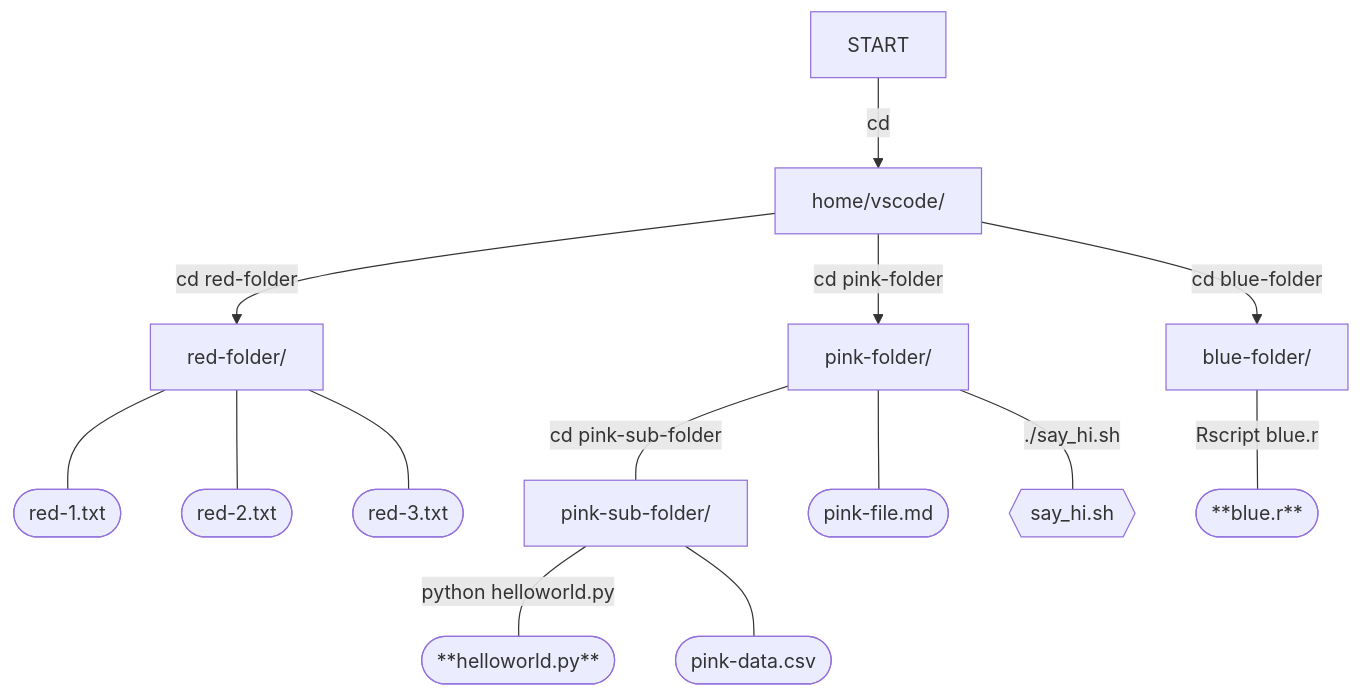
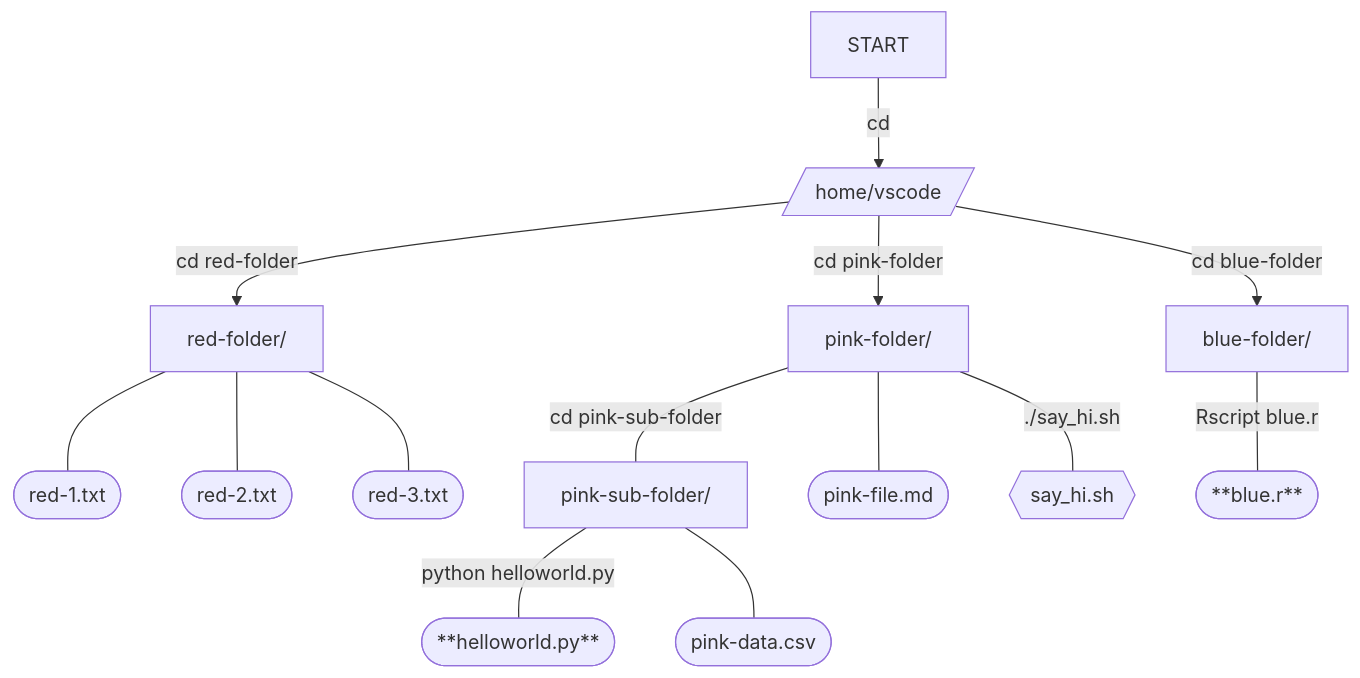
One commit to ARCTraining/rc-slides changed diagram 22 of 23 in linux101.qmd. Above: the diagram before and after it, drawn with Mermaid. The commit also changed other lines of this file, not shown here.

````diff
--- a/linux101.qmd
+++ b/linux101.qmd
@@ -672,21 +1288,21 @@
 ```{mermaid}
 flowchart TD
     START:::hidden --> |cd|A
-    A[home/vscode/] -->|cd red-folder| B[red-folder/ ]
-    A[home/vscode/] -->|cd pink-folder| C[pink-folder/ ]
-    A[home/vscode/] -->|cd blue-folder| D[blue-folder/ ]
+    A[/home/vscode/] -->|cd red-folder| B[red-folder/ ]
+    A[/home/vscode/] -->|cd pink-folder| C[pink-folder/ ]
+    A[/home/vscode/] -->|cd blue-folder| D[blue-folder/ ]
 
     B --- r1([red-1.txt ])
     B --- r2([red-2.txt ])
     B --- r3([red-3.txt ])
 
     C --- |cd pink-sub-folder|P1[pink-sub-folder/ ]
     C --- p2([pink-file.md ])
     C --- |./say_hi.sh|p3{{say_hi.sh }}
 
     P1 --- |python helloworld.py|p4([**helloworld.py** ])
     P1 --- p5([pink-data.csv ])
 
     D --- |Rscript blue.r|b1([**blue.r** ])
 
 ```
````
